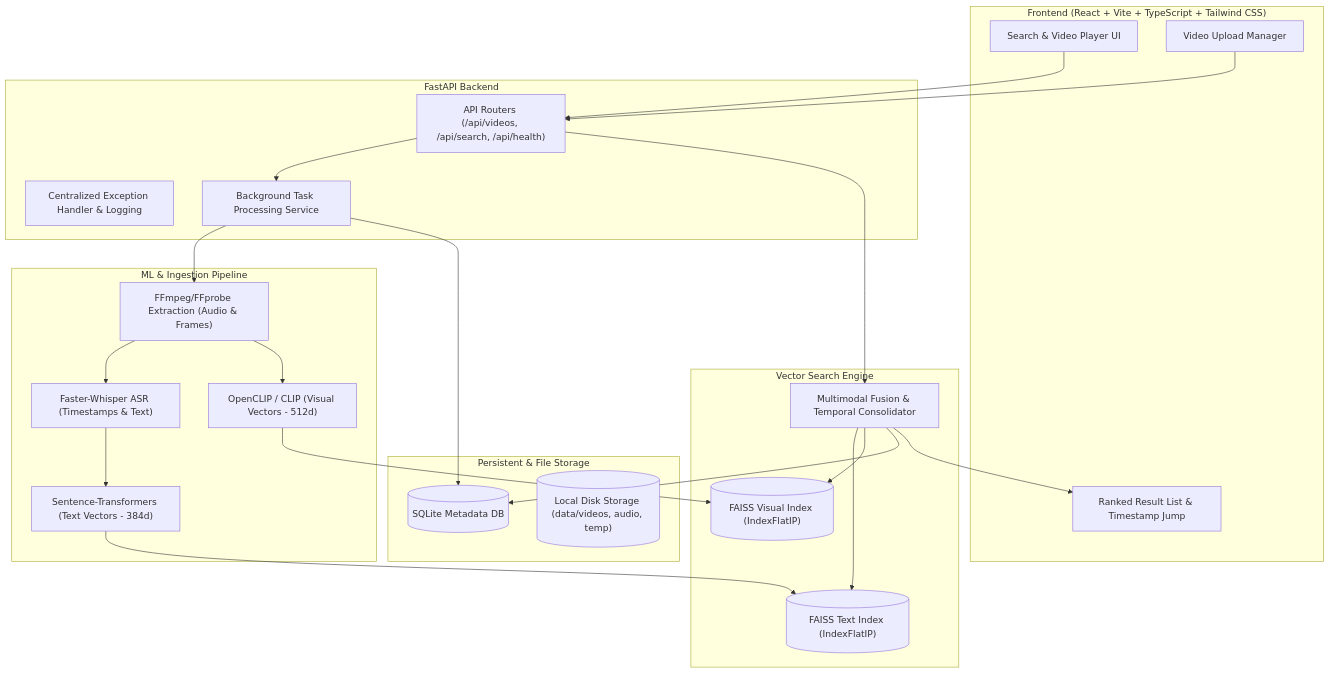
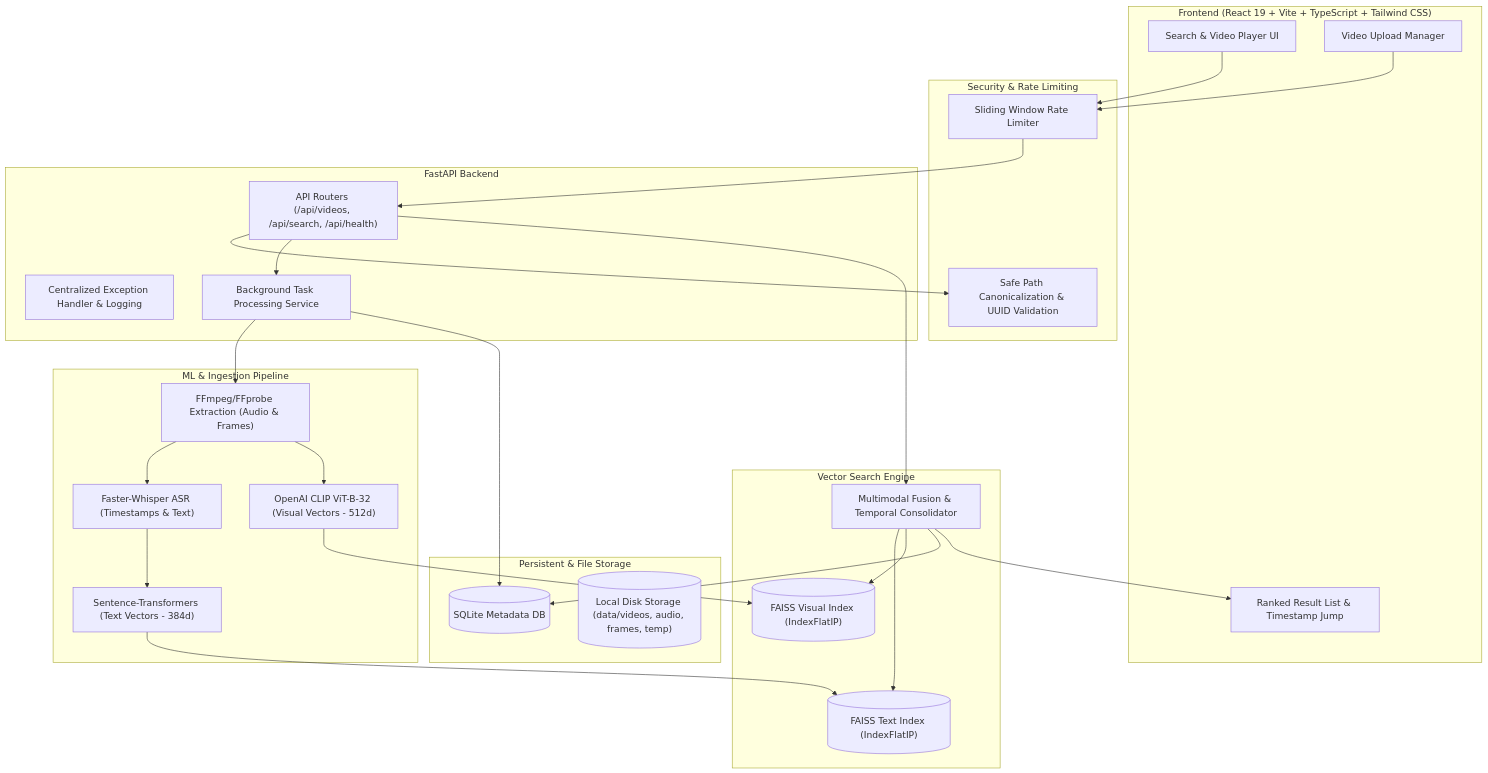
The diagram in docs/ARCHITECTURE.md (manav-chaudhary01/semantic-video-retrieval), drawn with Mermaid before and after one commit. The commit also changed other lines of this file and 23 other files, not shown here.

Commit message:
feat(phase-8): implement security controls, rate limiting, offline mock tests, and final documentation

````diff
--- a/docs/ARCHITECTURE.md
+++ b/docs/ARCHITECTURE.md
@@ -7,49 +7,56 @@
 ```mermaid
 flowchart TD
-    subgraph Client ["Frontend (React + Vite + TypeScript + Tailwind CSS)"]
+    subgraph Client ["Frontend (React 19 + Vite + TypeScript + Tailwind CSS)"]
         UI["Search & Video Player UI"]
         Upload["Video Upload Manager"]
         Results["Ranked Result List & Timestamp Jump"]
+    end
+
+    subgraph Security ["Security & Rate Limiting"]
+        RateLimiter["Sliding Window Rate Limiter"]
+        PathSanitizer["Safe Path Canonicalization & UUID Validation"]
     end
 
     subgraph API ["FastAPI Backend"]
         Router["API Routers (/api/videos, /api/search, /api/health)"]
         ExceptionH["Centralized Exception Handler & Logging"]
         WorkerQueue["Background Task Processing Service"]
     end
 
     subgraph Storage ["Persistent & File Storage"]
         SQLite[("SQLite Metadata DB")]
-        DiskStorage[("Local Disk Storage (data/videos, audio, temp)")]
+        DiskStorage[("Local Disk Storage (data/videos, audio, frames, temp)")]
     end
 
     subgraph ML_Pipeline ["ML & Ingestion Pipeline"]
         FFmpegProc["FFmpeg/FFprobe Extraction (Audio & Frames)"]
         WhisperProc["Faster-Whisper ASR (Timestamps & Text)"]
         TextEmbed["Sentence-Transformers (Text Vectors - 384d)"]
-        VisionEmbed["OpenCLIP / CLIP (Visual Vectors - 512d)"]
+        VisionEmbed["OpenAI CLIP ViT-B-32 (Visual Vectors - 512d)"]
     end
 
     subgraph Retrieval ["Vector Search Engine"]
         FAISS_Text[("FAISS Text Index (IndexFlatIP)")]
         FAISS_Visual[("FAISS Visual Index (IndexFlatIP)")]
         FusionEngine["Multimodal Fusion & Temporal Consolidator"]
     end
 
-    Upload --> Router
+    Upload --> RateLimiter
+    RateLimiter --> Router
+    Router --> PathSanitizer
     Router --> WorkerQueue
     WorkerQueue --> FFmpegProc
     FFmpegProc --> WhisperProc
     FFmpegProc --> VisionEmbed
     WhisperProc --> TextEmbed
     TextEmbed --> FAISS_Text
     VisionEmbed --> FAISS_Visual
     WorkerQueue --> SQLite
     
-    UI --> Router
+    UI --> RateLimiter
     Router --> FusionEngine
     FusionEngine --> FAISS_Text
     FusionEngine --> FAISS_Visual
     FusionEngine --> SQLite
     FusionEngine --> Results
 ```
````
